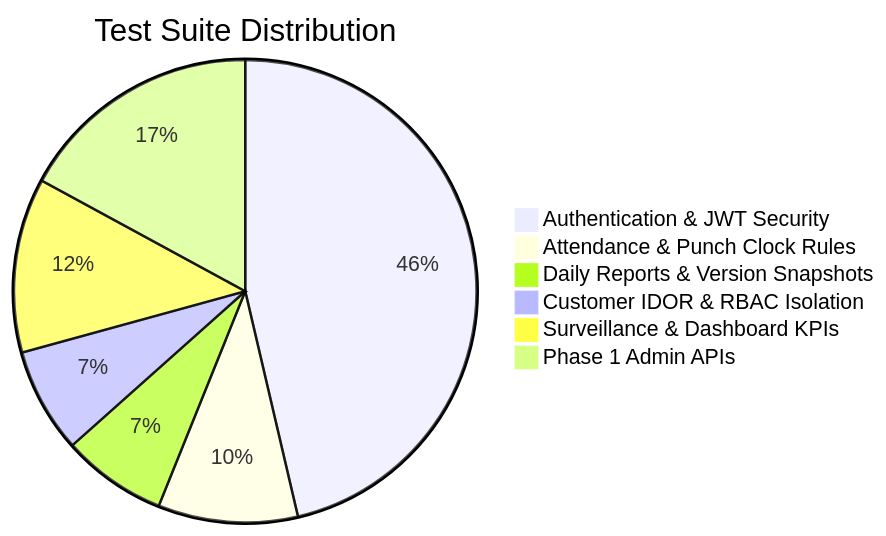
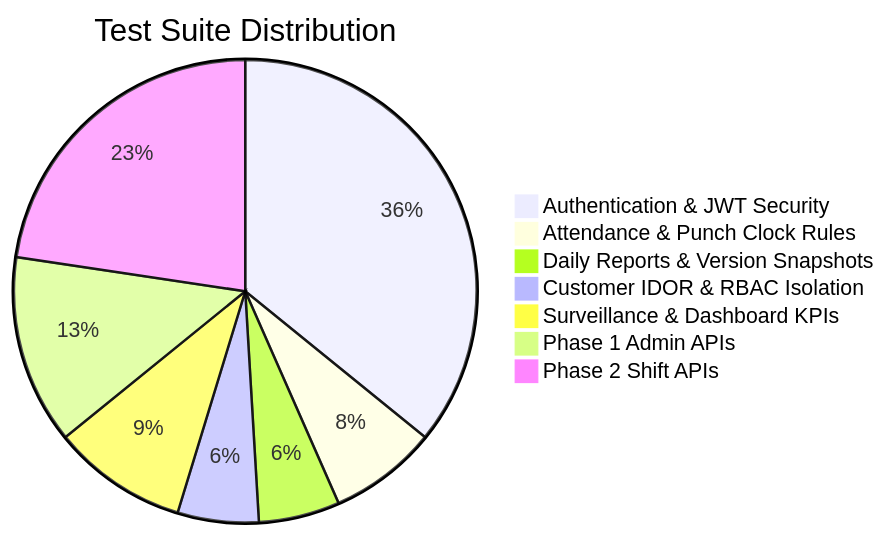
Before and after one commit to Harshilpatel0456/WorkTrack: the diagram in docs/TESTING_STRATEGY.md, drawn with Mermaid. The commit also changed other lines of this file and 12 other files, not shown here.

Commit message:
Integrate Phase 2 shift management

````diff
--- a/docs/TESTING_STRATEGY.md
+++ b/docs/TESTING_STRATEGY.md
@@ -13,9 +13,10 @@
 ```mermaid
 pie title Test Suite Distribution
     "Authentication & JWT Security" : 19
     "Attendance & Punch Clock Rules" : 4
     "Daily Reports & Version Snapshots" : 3
     "Customer IDOR & RBAC Isolation" : 3
     "Surveillance & Dashboard KPIs" : 5
     "Phase 1 Admin APIs" : 7
+    "Phase 2 Shift APIs" : 12
 ```
````
